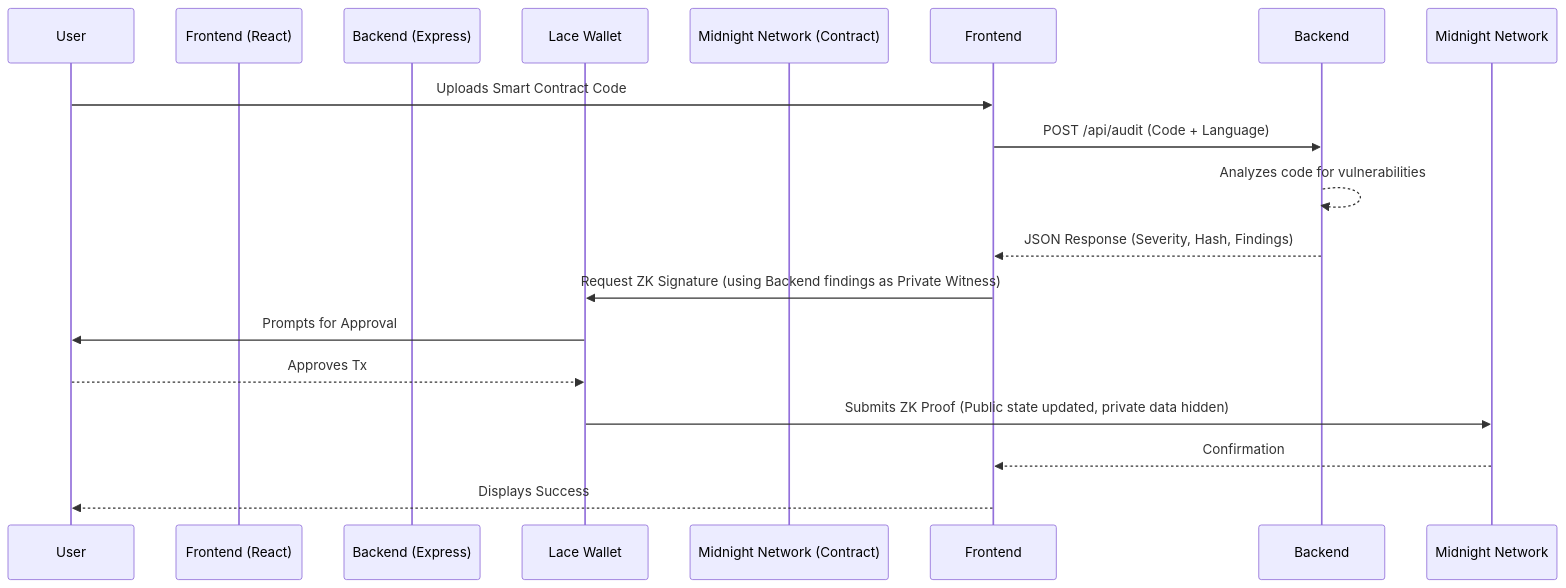
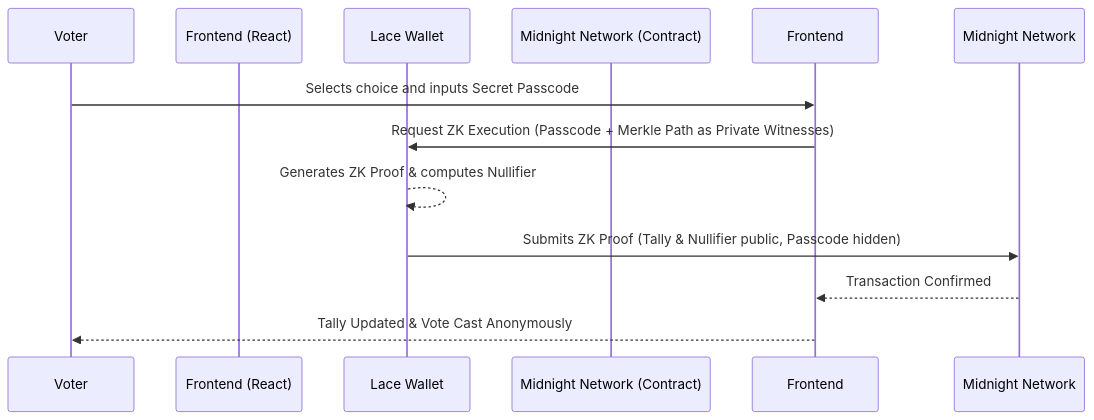
Before and after one commit to harshavardhanthite1011-png/Smart-Contract-Auditing-tool: the diagram in README.md, drawn with Mermaid. The commit also changed other lines of this file and 17 other files, not shown here.

````diff
--- a/README.md
+++ b/README.md
@@ -26,19 +24,14 @@
 ```mermaid
 sequenceDiagram
-    participant User
+    participant Voter
     participant Frontend (React)
-    participant Backend (Express)
     participant Lace Wallet
     participant Midnight Network (Contract)
 
-    User->>Frontend: Uploads Smart Contract Code
-    Frontend->>Backend: POST /api/audit (Code + Language)
-    Backend-->>Backend: Analyzes code for vulnerabilities
-    Backend-->>Frontend: JSON Response (Severity, Hash, Findings)
-    Frontend->>Lace Wallet: Request ZK Signature (using Backend findings as Private Witness)
-    Lace Wallet->>User: Prompts for Approval
-    User-->>Lace Wallet: Approves Tx
-    Lace Wallet->>Midnight Network: Submits ZK Proof (Public state updated, private data hidden)
-    Midnight Network-->>Frontend: Confirmation
-    Frontend-->>User: Displays Success
+    Voter->>Frontend: Selects choice and inputs Secret Passcode
+    Frontend->>Lace Wallet: Request ZK Execution (Passcode + Merkle Path as Private Witnesses)
+    Lace Wallet-->>Lace Wallet: Generates ZK Proof & computes Nullifier
+    Lace Wallet->>Midnight Network: Submits ZK Proof (Tally & Nullifier public, Passcode hidden)
+    Midnight Network-->>Frontend: Transaction Confirmed
+    Frontend-->>Voter: Tally Updated & Vote Cast Anonymously
 ```
````
